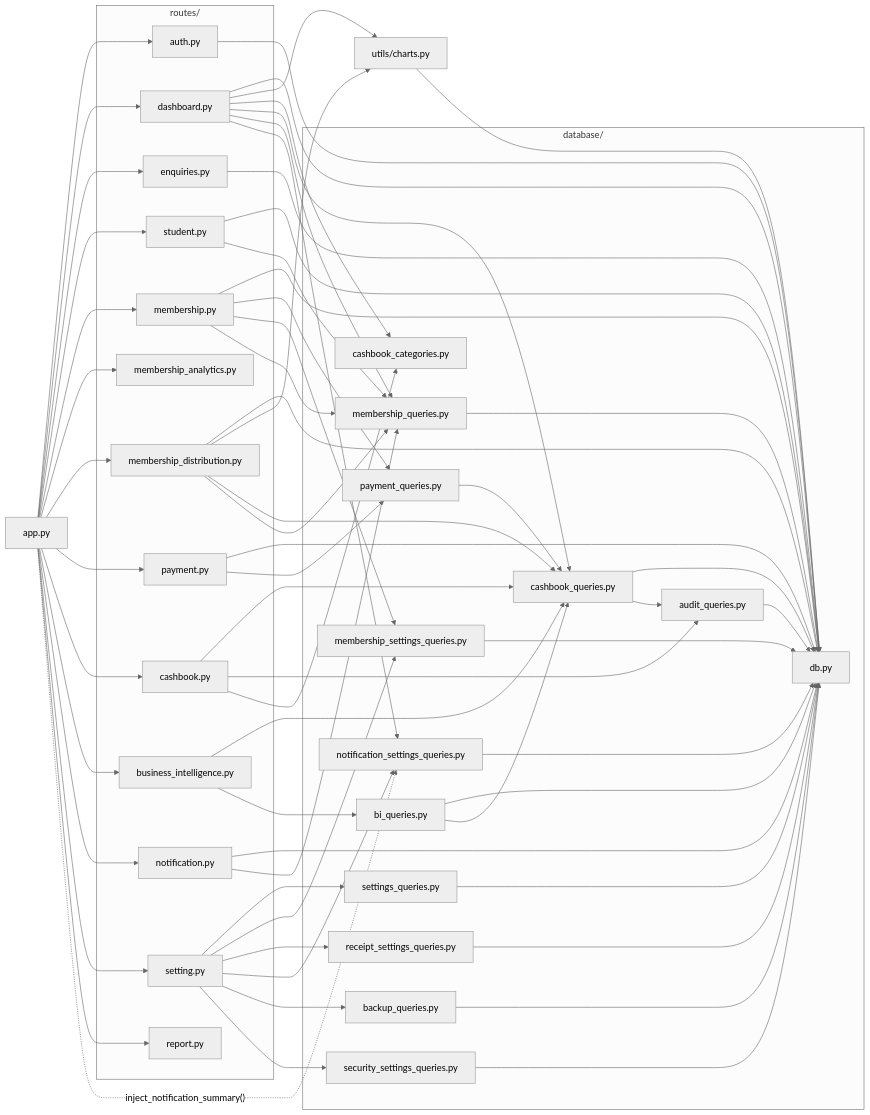
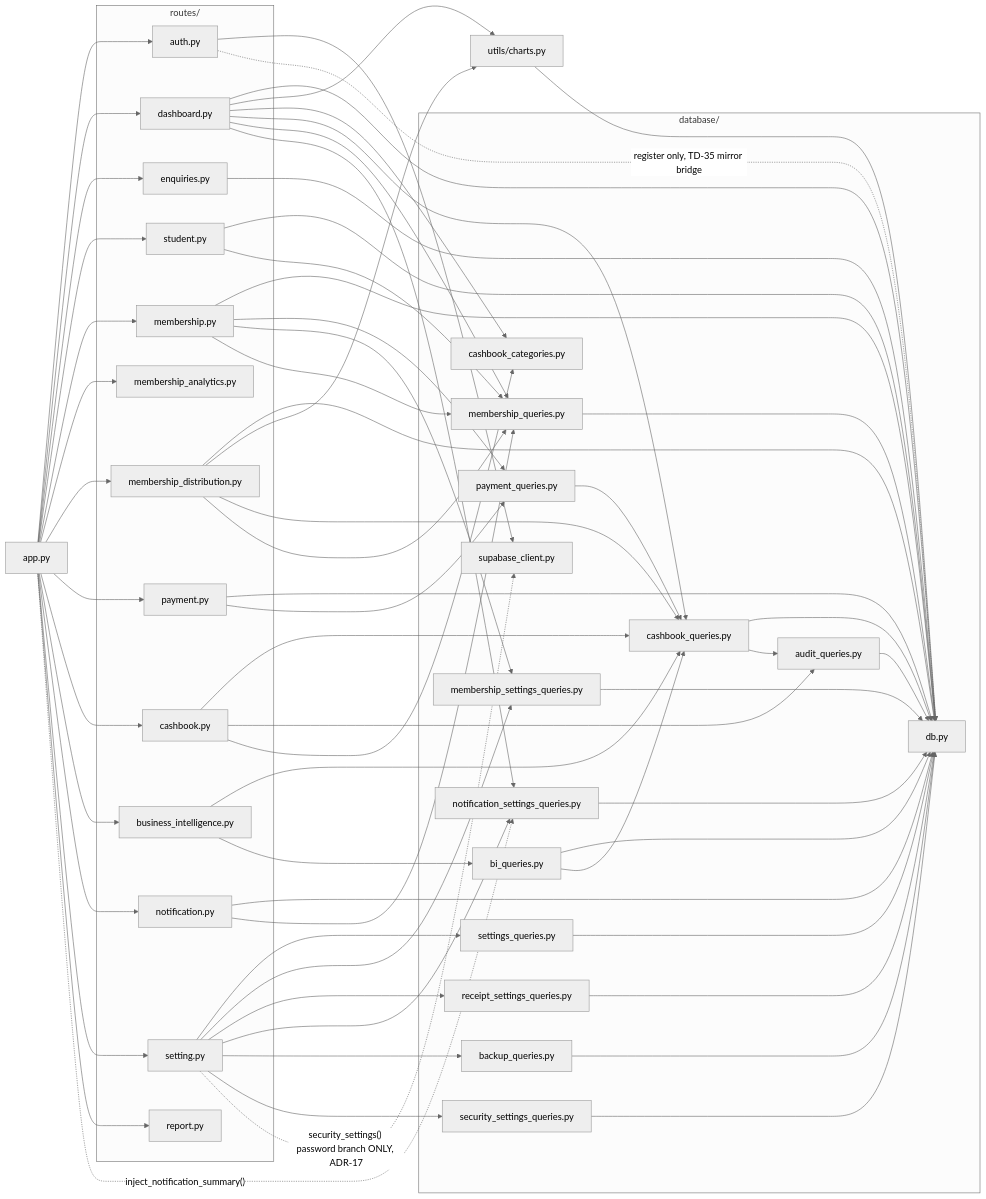
One commit to saloni-keshore/smart-library-management-system changed the fifth of 5 diagrams in docs/DIAGRAMS.md. Above: the diagram before and after it, drawn with Mermaid (neutral theme). The commit also changed other lines of this file and 24 other files, not shown here.

Commit message:
migrate Settings module to Supabase

```diff
--- a/docs/DIAGRAMS.md
+++ b/docs/DIAGRAMS.md
@@ -290,6 +296,7 @@
 
     subgraph DB["database/"]
         db_py["db.py"]
+        supabase_client_py["supabase_client.py"]
         audit_queries_py["audit_queries.py"]
         bi_queries_py["bi_queries.py"]
         cashbook_queries_py["cashbook_queries.py"]
@@ -320,7 +327,8 @@
     app_py --> setting_py
     app_py --> report_py
 
-    auth_py --> db_py
+    auth_py --> supabase_client_py
+    auth_py -.->|register only, TD-35 mirror bridge| db_py
     dashboard_py --> db_py
     dashboard_py --> charts_py
     dashboard_py --> cashbook_categories_py
@@ -353,6 +361,7 @@
     setting_py --> notification_settings_queries_py
     setting_py --> backup_queries_py
     setting_py --> security_settings_queries_py
+    setting_py -.->|"security_settings() password branch ONLY, ADR-17"| supabase_client_py
     app_py -.->|"inject_notification_summary()"| notification_settings_queries_py
     dashboard_py --> notification_settings_queries_py
 
```
